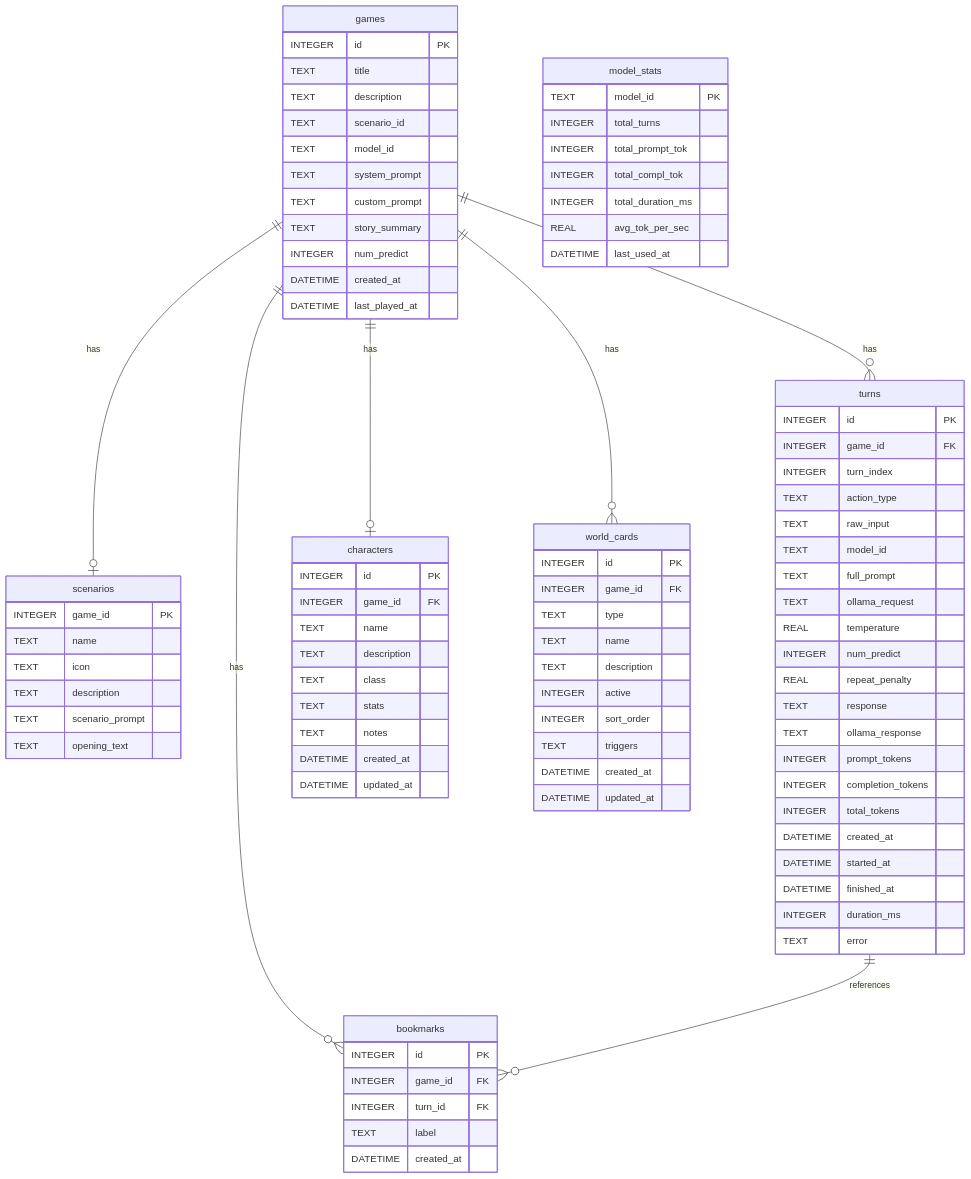
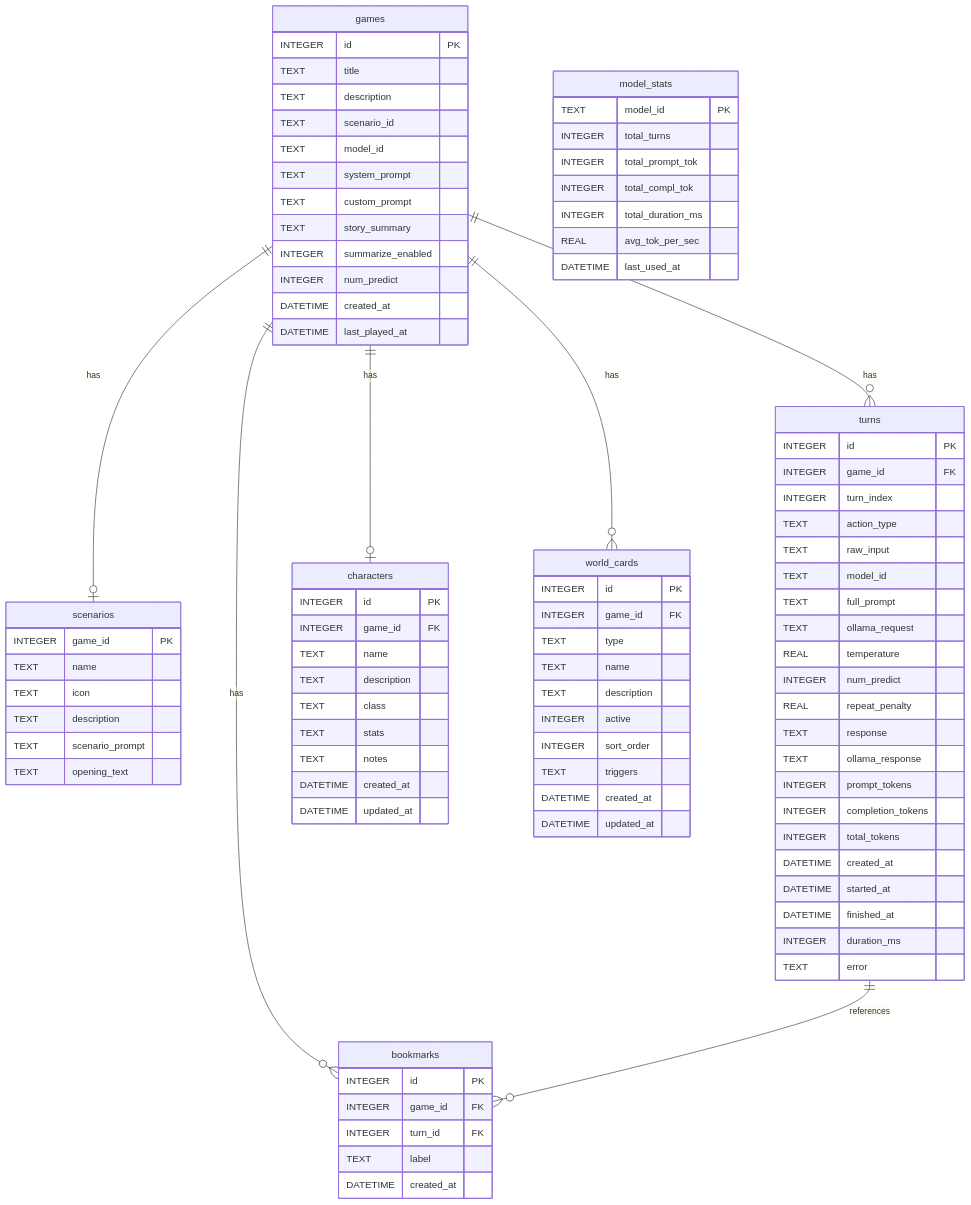
One commit to vreezy/storytelling changed the diagram in datamodell.md. Above: the diagram before and after it, drawn with Mermaid. The commit also changed other lines of this file and 18 other files, not shown here.

```diff
--- a/datamodell.md
+++ b/datamodell.md
@@ -13,6 +13,7 @@
         TEXT system_prompt
         TEXT custom_prompt
         TEXT story_summary
+        INTEGER summarize_enabled
         INTEGER num_predict
         DATETIME created_at
         DATETIME last_played_at
```
